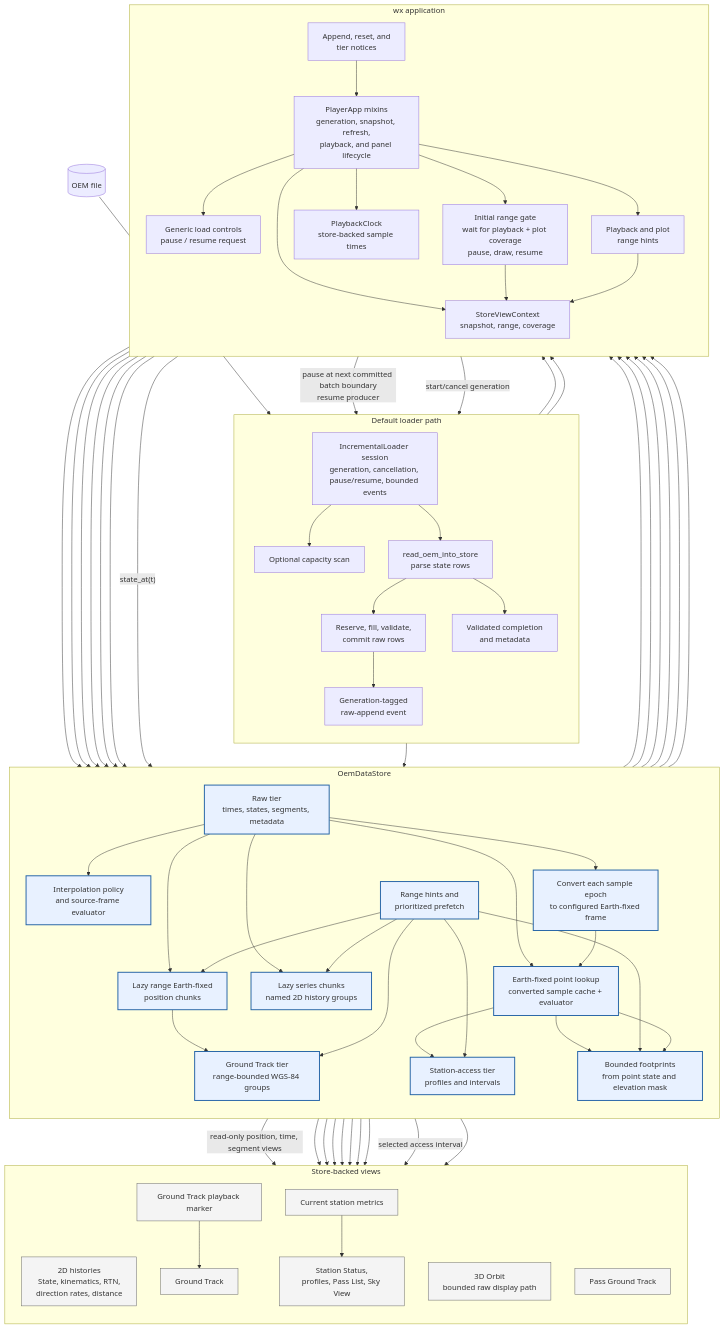
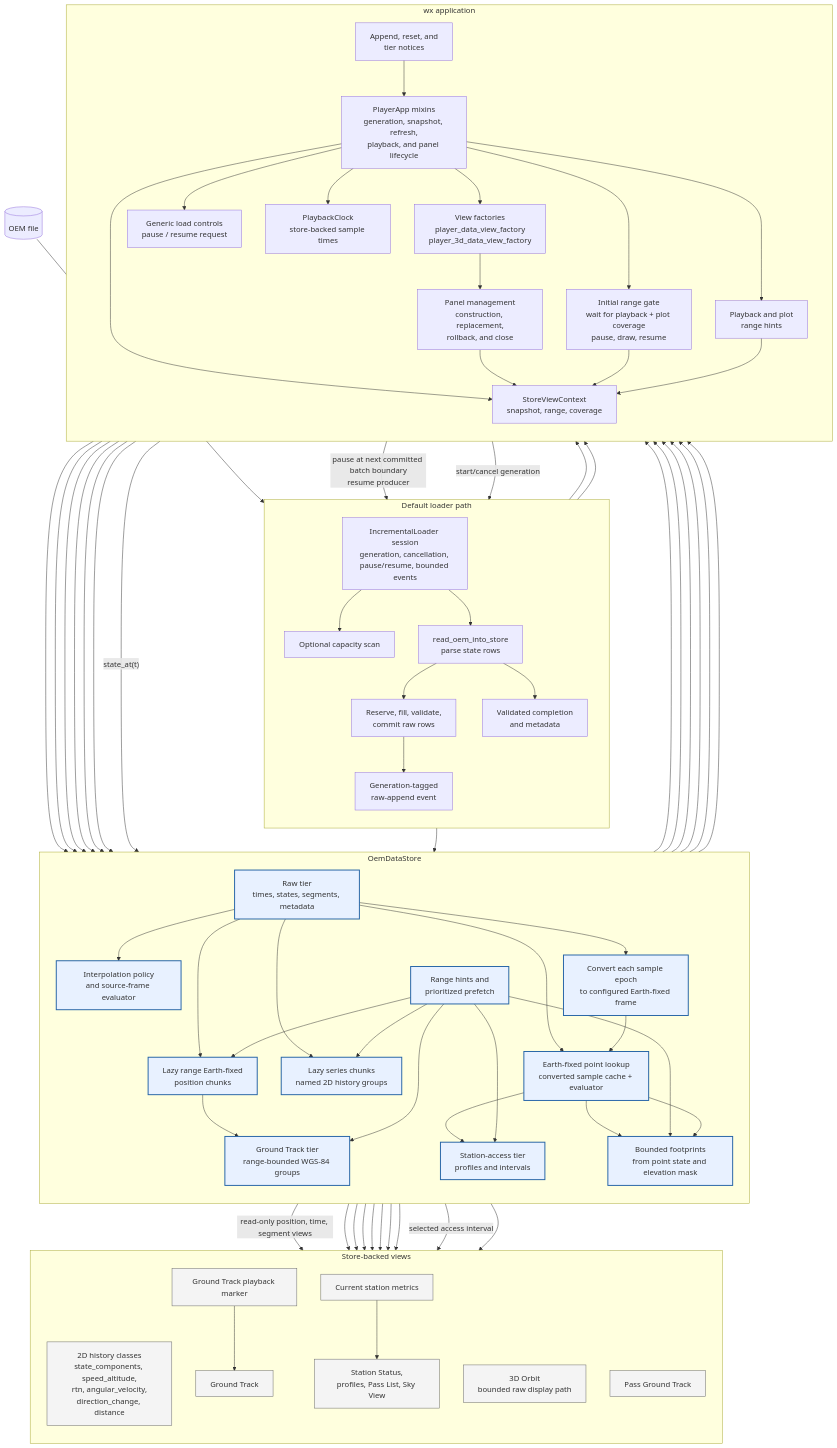
One commit to jeongyunl/ephem-toolkit changed the diagram in docs/architecture/play-oem/PLAY_OEM_DATAFLOW.mmd. Above: the diagram before and after it, drawn with Mermaid. The commit also changed 35 other files, not shown here.

Commit message:
Streamlined the Play-OEM data-view architecture and documentation into consistent, canonical implementation patterns.

```diff
--- a/docs/architecture/play-oem/PLAY_OEM_DATAFLOW.mmd
+++ b/docs/architecture/play-oem/PLAY_OEM_DATAFLOW.mmd
@@ -1,113 +1,118 @@
 flowchart TD
     FILE[("OEM file")]
 
     subgraph WORKER["Default loader path"]
         direction TB
         SESSION["IncrementalLoader session<br/>generation, cancellation, pause/resume, bounded events"]
         CAPACITY["Optional capacity scan"]
         PARSE["read_oem_into_store<br/>parse state rows"]
         COMMIT["Reserve, fill, validate,<br/>commit raw rows"]
         RAW_EVENT["Generation-tagged<br/>raw-append event"]
         COMPLETE["Validated completion<br/>and metadata"]
         SESSION --> CAPACITY
         SESSION --> PARSE
         PARSE --> COMMIT
         COMMIT --> RAW_EVENT
         PARSE --> COMPLETE
     end
 
     subgraph STORE["OemDataStore"]
         direction TB
         RAW["Raw tier<br/>times, states, segments, metadata"]
         POLICY["Interpolation policy<br/>and source-frame evaluator"]
         FIXED_STATE["Earth-fixed point lookup<br/>converted sample cache + evaluator"]
         CONVERT["Convert each sample epoch<br/>to configured Earth-fixed frame"]
         SERIES["Lazy series chunks<br/>named 2D history groups"]
         EARTH_FIXED["Lazy range Earth-fixed<br/>position chunks"]
         GROUND_TRACK["Ground Track tier<br/>range-bounded WGS-84 groups"]
         ACCESS["Station-access tier<br/>profiles and intervals"]
         FOOTPRINT["Bounded footprints<br/>from point state and elevation mask"]
         SCHEDULER["Range hints and<br/>prioritized prefetch"]
         RAW --> POLICY
         RAW --> FIXED_STATE
         RAW --> CONVERT
         CONVERT --> FIXED_STATE
         RAW --> SERIES
         RAW --> EARTH_FIXED
         EARTH_FIXED --> GROUND_TRACK
         FIXED_STATE --> ACCESS
         FIXED_STATE --> FOOTPRINT
         SCHEDULER --> SERIES
         SCHEDULER --> EARTH_FIXED
         SCHEDULER --> GROUND_TRACK
         SCHEDULER --> ACCESS
         SCHEDULER --> FOOTPRINT
     end
 
     subgraph APP["wx application"]
         direction TB
         CONTROLLER["PlayerApp mixins<br/>generation, snapshot, refresh,<br/>playback, and panel lifecycle"]
+        FACTORIES["View factories<br/>player_data_view_factory<br/>player_3d_data_view_factory"]
+        PANEL_LIFECYCLE["Panel management<br/>construction, replacement,<br/>rollback, and close"]
         LOAD_CONTROL["Generic load controls<br/>pause / resume request"]
         INITIAL_PLOT["Initial range gate<br/>wait for playback + plot coverage<br/>pause, draw, resume"]
         CONTEXT["StoreViewContext<br/>snapshot, range, coverage"]
         CLOCK["PlaybackClock<br/>store-backed sample times"]
         RANGE["Playback and plot<br/>range hints"]
         TIER_NOTICE["Append, reset, and<br/>tier notices"]
         CONTROLLER --> CONTEXT
+        CONTROLLER --> FACTORIES
+        FACTORIES --> PANEL_LIFECYCLE
+        PANEL_LIFECYCLE --> CONTEXT
         CONTROLLER --> LOAD_CONTROL
         LOAD_CONTROL -->|"pause at next committed batch boundary<br/>resume producer"| SESSION
         CONTROLLER --> INITIAL_PLOT
         CONTROLLER --> CLOCK
         CONTROLLER --> RANGE
         CONTROLLER -->|"start/cancel generation"| SESSION
         RAW --> TIER_NOTICE
         SERIES --> TIER_NOTICE
         EARTH_FIXED --> TIER_NOTICE
         GROUND_TRACK --> TIER_NOTICE
         ACCESS --> TIER_NOTICE
         FOOTPRINT --> TIER_NOTICE
         TIER_NOTICE --> CONTROLLER
     end
 
     subgraph VIEWS["Store-backed views"]
         direction TB
-        HISTORIES["2D histories<br/>State, kinematics, RTN,<br/>direction rates, distance"]
+        HISTORIES["2D history classes<br/>state_components, speed_altitude,<br/>rtn, angular_velocity,<br/>direction_change, distance"]
         TRAJECTORY["3D Orbit<br/>bounded raw display path"]
         TRACK_VIEW["Ground Track"]
         STATION_VIEWS["Station Status,<br/>profiles, Pass List, Sky View"]
         PASS_TRACK["Pass Ground Track"]
         CURRENT_METRICS["Current station metrics"]
         MARKER["Ground Track playback marker"]
     end
 
     FILE --> CAPACITY
     COMMIT --> RAW
     RAW_EVENT --> CONTROLLER
     INITIAL_PLOT --> CONTEXT
     COMPLETE --> CONTROLLER
     RANGE --> CONTEXT
     RANGE --> SCHEDULER
     CONTEXT --> SERIES
     CONTEXT --> GROUND_TRACK
     CONTEXT --> ACCESS
     CONTEXT --> FOOTPRINT
     CONTEXT --> RAW
     RAW -->|"read-only position, time, segment views"| TRAJECTORY
     CLOCK -->|"state_at(t)"| POLICY
     POLICY --> TRAJECTORY
     FIXED_STATE --> CURRENT_METRICS
     FIXED_STATE --> FOOTPRINT
     FIXED_STATE --> MARKER
     SERIES --> HISTORIES
     GROUND_TRACK --> TRACK_VIEW
     MARKER --> TRACK_VIEW
     GROUND_TRACK --> PASS_TRACK
     ACCESS --> STATION_VIEWS
     ACCESS -->|"selected access interval"| PASS_TRACK
     FOOTPRINT --> TRACK_VIEW
     CURRENT_METRICS --> STATION_VIEWS
 
     classDef store fill:#e8f1ff,stroke:#2463a6,stroke-width:2px
     classDef view fill:#f4f4f4,stroke:#666
     class RAW,POLICY,FIXED_STATE,CONVERT,SERIES,EARTH_FIXED,GROUND_TRACK,ACCESS,FOOTPRINT,SCHEDULER store
     class HISTORIES,TRAJECTORY,TRACK_VIEW,STATION_VIEWS,PASS_TRACK,CURRENT_METRICS,MARKER view
```
